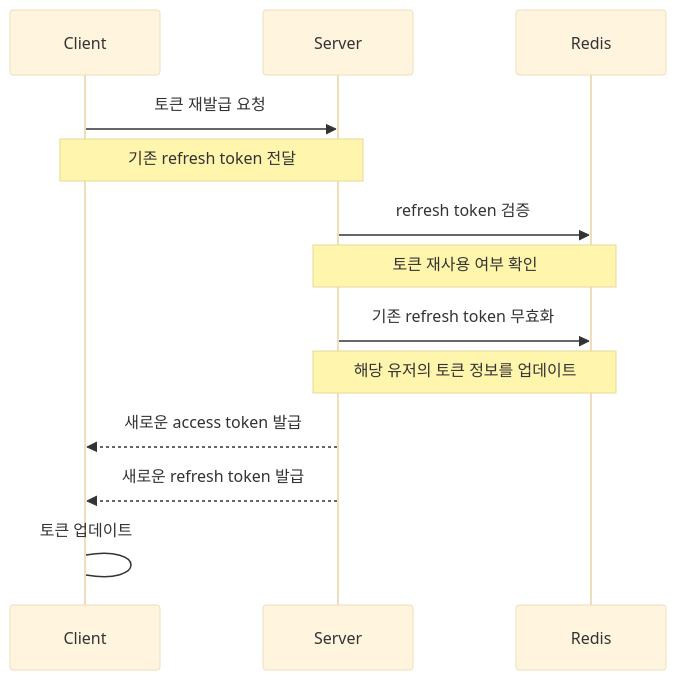
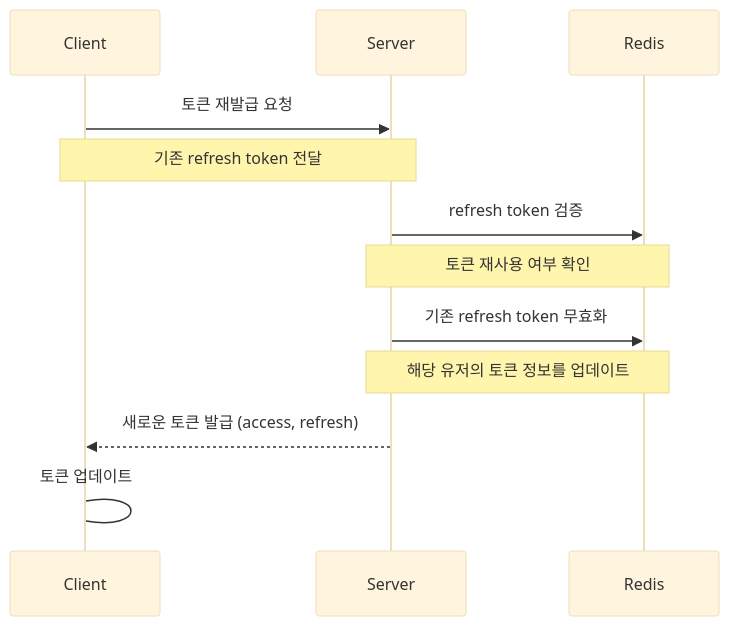
The diagram in _posts/project/sidaeting5/2024-12-20-sidaeting5-refresh-token-rotation.md (23tae/23tae.github.io), drawn with Mermaid (base theme) before and after one commit. The commit also changed other lines of this file and 4 other files, not shown here.

````diff
--- a/_posts/project/sidaeting5/2024-12-20-sidaeting5-refresh-token-rotation.md
+++ b/_posts/project/sidaeting5/2024-12-20-sidaeting5-refresh-token-rotation.md
@@ -30,20 +30,19 @@
 ```mermaid
 sequenceDiagram
     participant Client
     participant Server
     participant Redis
 
     Client->>Server: 토큰 재발급 요청
     Note over Client,Server: 기존 refresh token 전달
 
     Server->>Redis: refresh token 검증
     Note over Server, Redis: 토큰 재사용 여부 확인
 
     Server->>Redis: 기존 refresh token 무효화
     Note over Server, Redis: 해당 유저의 토큰 정보를 업데이트
 
-    Server-->>Client: 새로운 access token 발급
-    Server-->>Client: 새로운 refresh token 발급
+    Server-->>Client: 새로운 토큰 발급 (access, refresh)
 
     Client->Client: 토큰 업데이트
 ```
````
